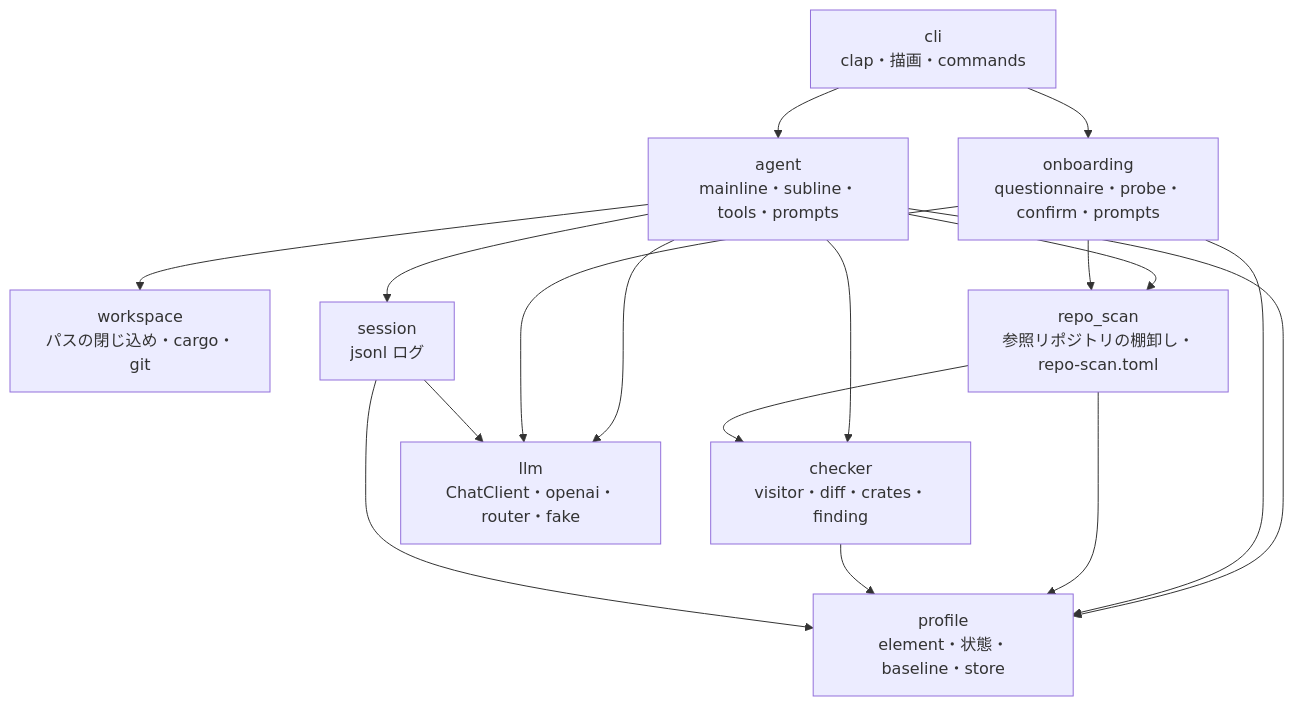
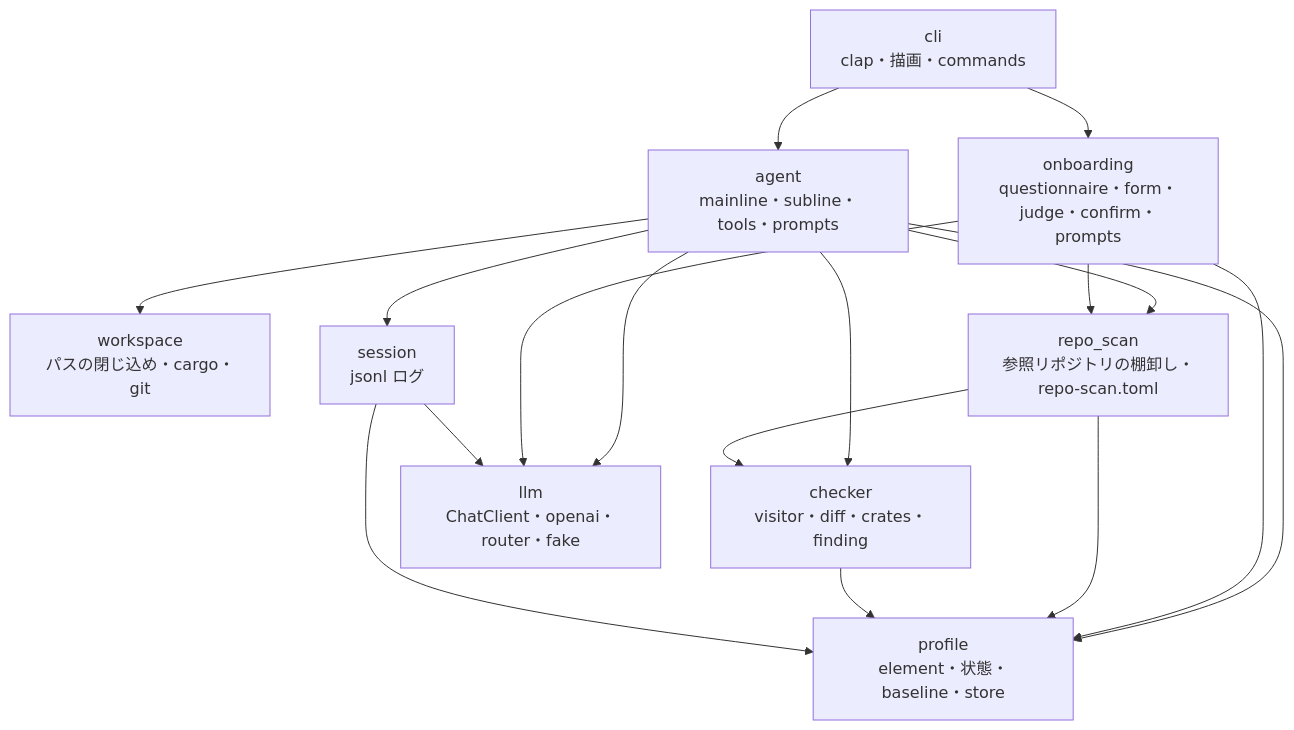
One commit to sumiredc/molt changed the seventh of 9 diagrams in PRD.ja.md. Above: the diagram before and after it, drawn with Mermaid. The commit also changed other lines of this file and 1 other file, not shown here.

````diff
--- a/PRD.ja.md
+++ b/PRD.ja.md
@@ -309,19 +309,19 @@
 ```mermaid
 flowchart TB
   cli["cli<br/>clap・描画・commands"] --> agent["agent<br/>mainline・subline・tools・prompts"]
-  cli --> onboarding["onboarding<br/>questionnaire・probe・confirm・prompts"]
+  cli --> onboarding["onboarding<br/>questionnaire・form・judge・confirm・prompts"]
   agent --> workspace["workspace<br/>パスの閉じ込め・cargo・git"]
   agent --> checker["checker<br/>visitor・diff・crates・finding"]
   agent --> llm["llm<br/>ChatClient・openai・router・fake"]
   agent --> profile["profile<br/>element・状態・baseline・store"]
   agent --> session["session<br/>jsonl ログ"]
   agent --> repo_scan["repo_scan<br/>参照リポジトリの棚卸し・repo-scan.toml"]
   onboarding --> llm
   onboarding --> profile
   onboarding --> repo_scan
   repo_scan --> checker
   repo_scan --> profile
   checker --> profile
   session --> llm
   session --> profile
 ```
````
